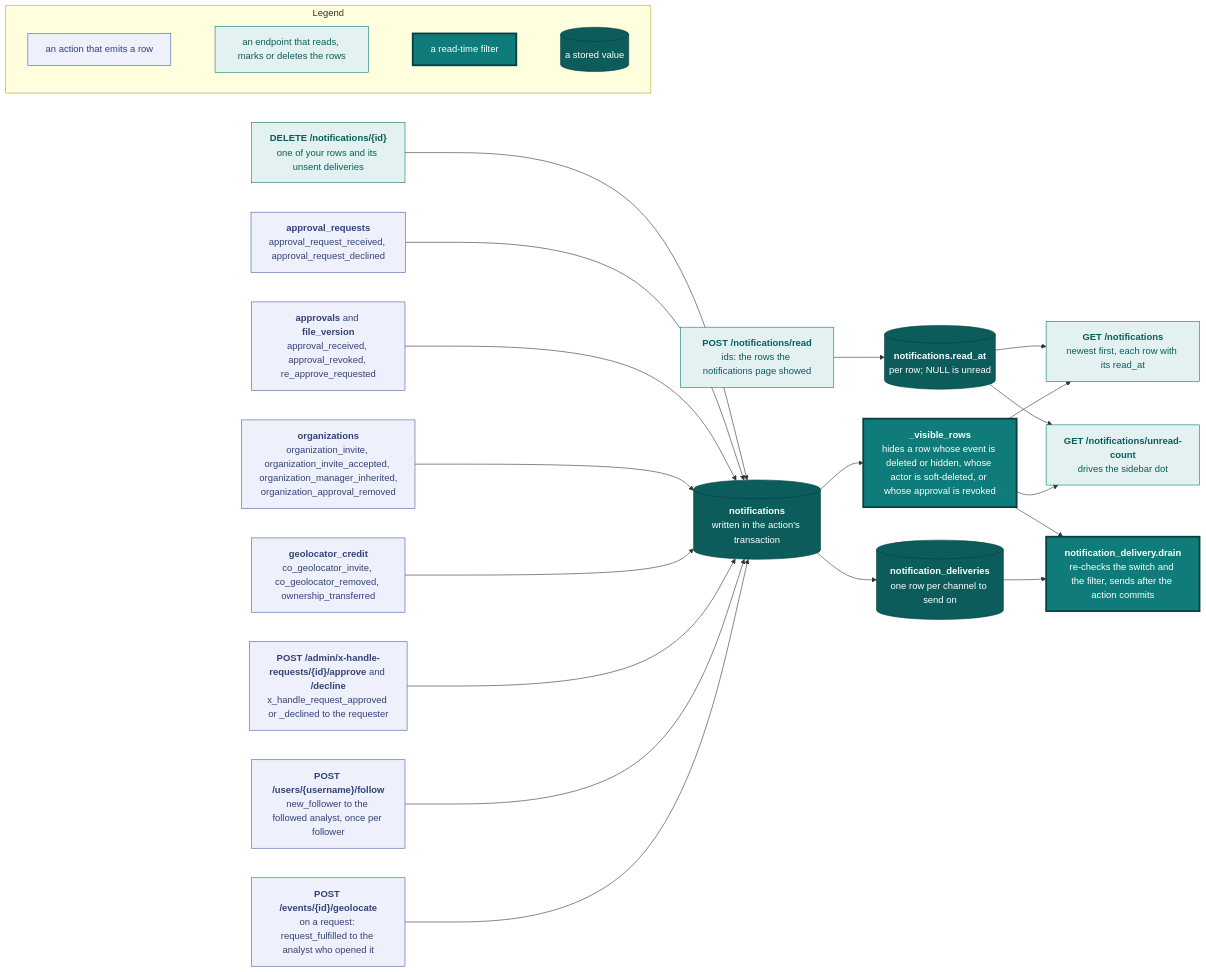
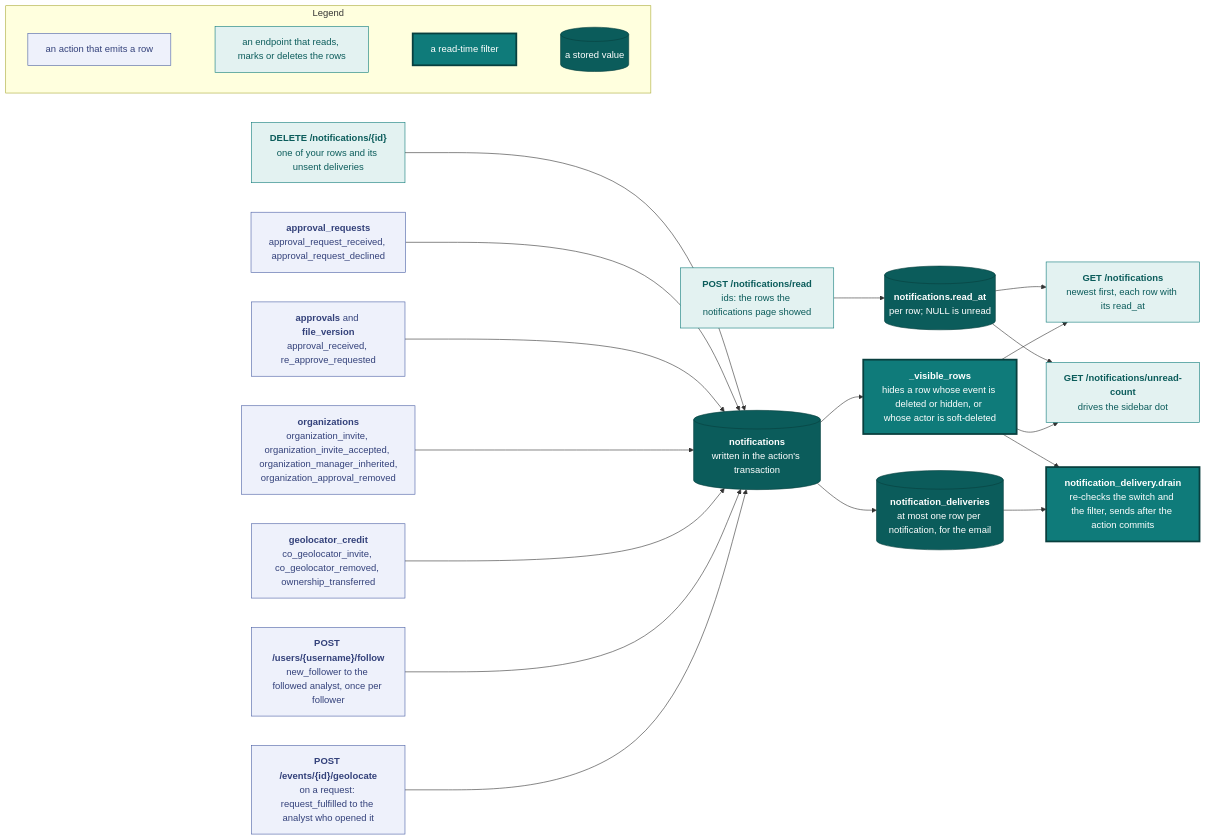
Before and after one commit to vidithq/vidit: the seventh of 8 diagrams in docs/api.md, drawn with Mermaid. The commit also changed other lines of this file and 5 other files, not shown here.

````diff
--- a/docs/api.md
+++ b/docs/api.md
@@ -2689,67 +2474,64 @@
 ```mermaid
 flowchart LR
   classDef spec fill:#eef1fb,stroke:#4a5fa5,color:#33417a
   classDef shared fill:#e3f2f1,stroke:#0f7b7a,color:#0b5c5b
   classDef core fill:#0f7b7a,stroke:#083f3e,stroke-width:3px,color:#ffffff
   classDef store fill:#0b5c5b,stroke:#083f3e,color:#ffffff
 
   subgraph legend [Legend]
     direction LR
     l1["`an action that emits a row`"]:::spec
     l2["`an endpoint that reads, marks or deletes the rows`"]:::shared
     l3["`a read-time filter`"]:::core
     l4[("`a stored value`")]:::store
     l1 ~~~ l2 ~~~ l3 ~~~ l4
   end
 
   geolocate["`**POST /events/{id}/geolocate**
   on a request: request_fulfilled to the analyst who opened it`"]:::spec
   follow["`**POST /users/{username}/follow**
   new_follower to the followed analyst, once per follower`"]:::spec
-  xhandle["`**POST /admin/x-handle-requests/{id}/approve** and **/decline**
-  x_handle_request_approved or _declined to the requester`"]:::spec
   credit["`**geolocator_credit**
   co_geolocator_invite, co_geolocator_removed, ownership_transferred`"]:::spec
   orgs["`**organizations**
   organization_invite, organization_invite_accepted, organization_manager_inherited,
   organization_approval_removed`"]:::spec
   approvals["`**approvals** and **file_version**
-  approval_received, approval_revoked, re_approve_requested`"]:::spec
+  approval_received, re_approve_requested`"]:::spec
   reviews["`**approval_requests**
   approval_request_received, approval_request_declined`"]:::spec
   rows[("`**notifications**
   written in the action's transaction`")]:::store
   visible["`**_visible_rows**
-  hides a row whose event is deleted or hidden, whose actor is soft-deleted, or whose approval is revoked`"]:::core
+  hides a row whose event is deleted or hidden, or whose actor is soft-deleted`"]:::core
   list["`**GET /notifications**
   newest first, each row with its read_at`"]:::shared
   count["`**GET /notifications/unread-count**
   drives the sidebar dot`"]:::shared
   read["`**POST /notifications/read**
   ids: the rows the notifications page showed`"]:::shared
   delete["`**DELETE /notifications/{id}**
   one of your rows and its unsent deliveries`"]:::shared
   readat[("`**notifications.read_at**
   per row; NULL is unread`")]:::store
   queue[("`**notification_deliveries**
-  one row per channel to send on`")]:::store
+  at most one row per notification, for the email`")]:::store
   worker["`**notification_delivery.drain**
   re-checks the switch and the filter, sends after the action commits`"]:::core
 
   geolocate --> rows
   follow --> rows
-  xhandle --> rows
   credit --> rows
   orgs --> rows
   approvals --> rows
   reviews --> rows
   rows --> visible
   visible --> list
   visible --> count
   read --> readat
   readat --> count
   readat --> list
   rows --> queue --> worker
   visible --> worker
   delete --> rows
 ```
````
